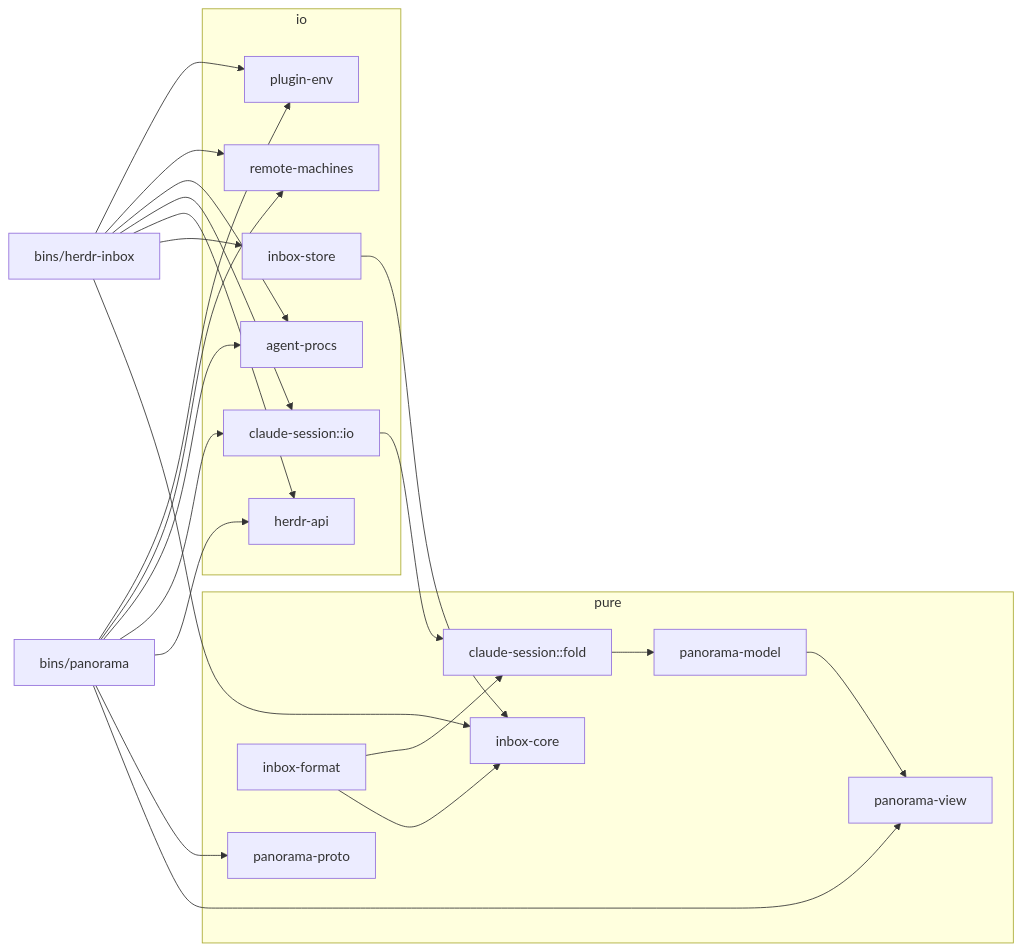
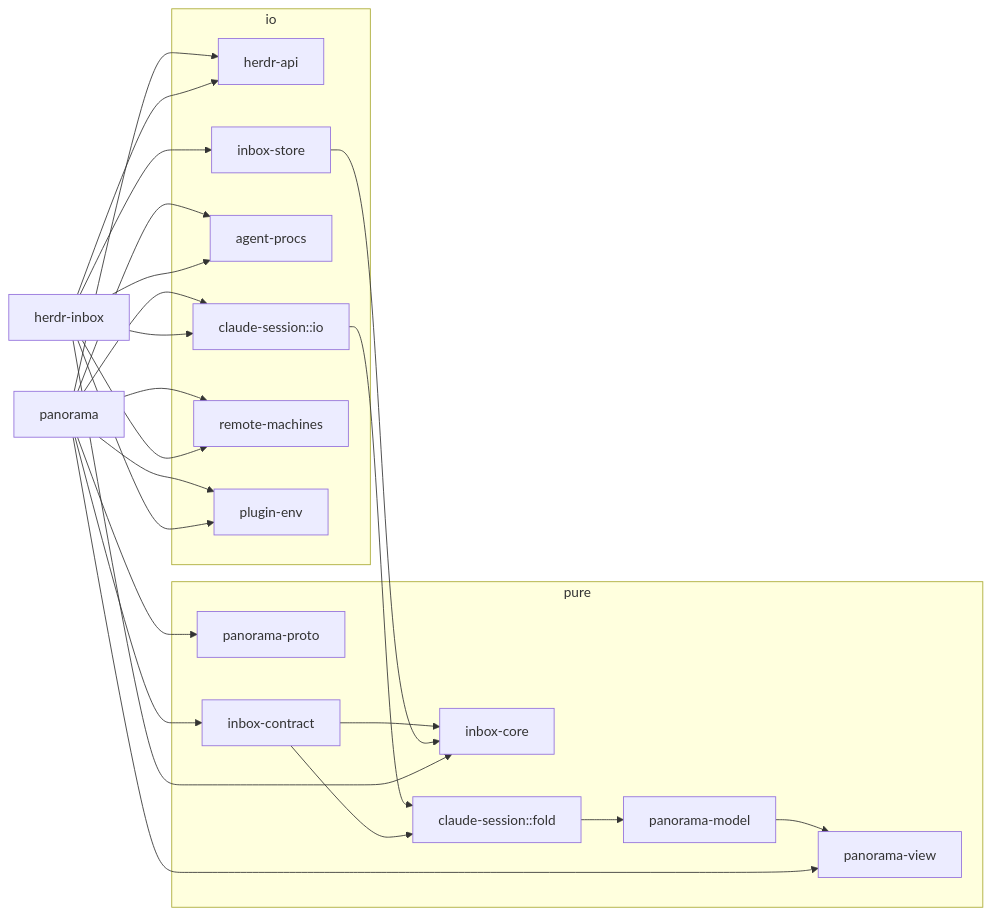
One commit to LeaveMyYard/herdr-panorama changed the diagram in docs/plans/rust-rewrite.md. Above: the diagram before and after it, drawn with Mermaid. The commit also changed other lines of this file, not shown here.

````diff
--- a/docs/plans/rust-rewrite.md
+++ b/docs/plans/rust-rewrite.md
@@ -254,25 +303,25 @@
 ```mermaid
 graph LR
   subgraph pure
     PM[panorama-model] --> PV[panorama-view]
     PP[panorama-proto]
     IC[inbox-core]
-    IF[inbox-format]
+    IF[inbox-contract]
     CSf[claude-session::fold]
   end
   subgraph io
     HA[herdr-api]
     CSio[claude-session::io]
     AP[agent-procs]
     IS[inbox-store]
     RM[remote-machines]
     PE[plugin-env]
   end
   CSio --> CSf
   CSf --> PM
   IF --> IC
   IF --> CSf
   IS --> IC
-  bins/panorama --> PV & PP & HA & CSio & AP & RM & PE
-  bins/herdr-inbox --> IC & IS & HA & CSio & AP & RM & PE
+  panorama --> PV & PP & HA & CSio & AP & RM & PE & IF
+  herdr-inbox --> IC & IS & HA & CSio & AP & RM & PE
 ```
````
